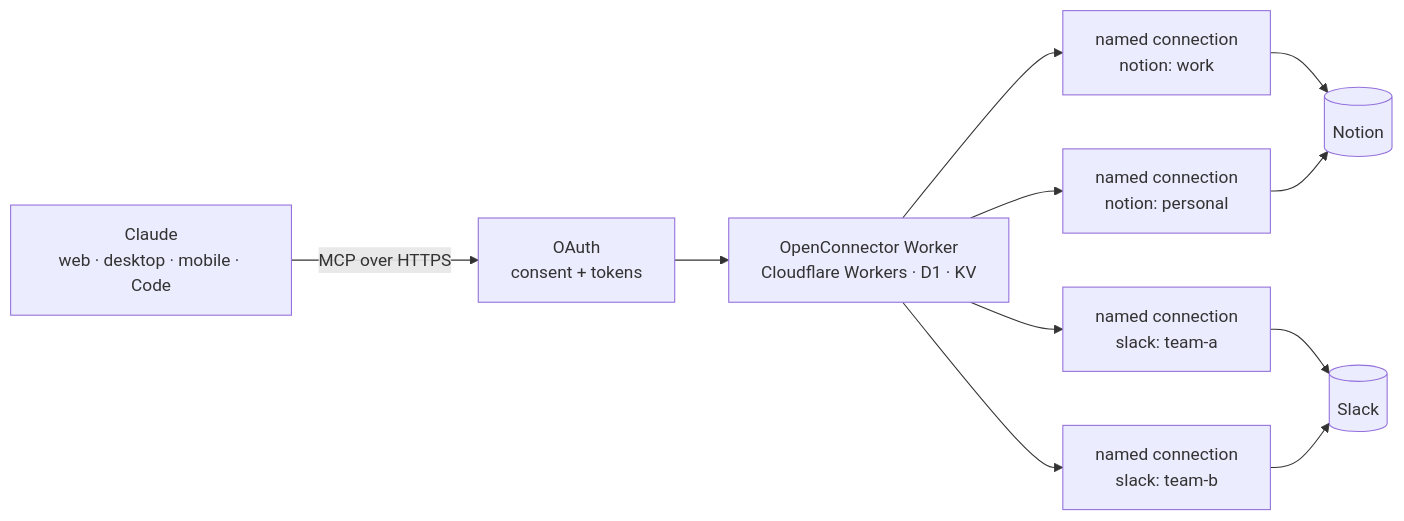
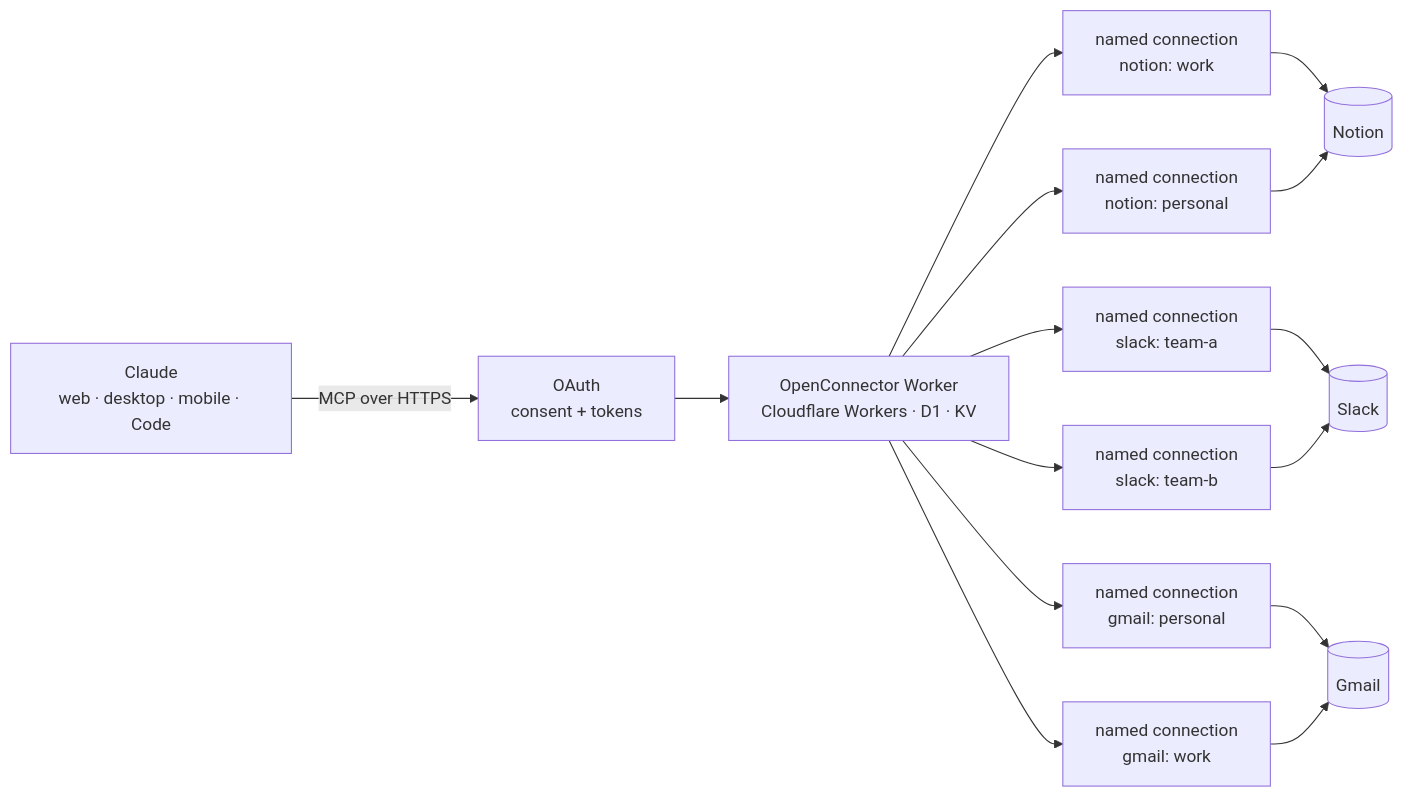
Before and after one commit to samfeder/SplitMind: the diagram in README.md, drawn with Mermaid. The commit also changed other lines of this file and 10 other files, not shown here.

````diff
--- a/README.md
+++ b/README.md
@@ -26,13 +26,17 @@
 ```mermaid
 flowchart LR
     C[Claude<br/>web · desktop · mobile · Code] -->|MCP over HTTPS| O[OAuth<br/>consent + tokens]
     O --> W[OpenConnector Worker<br/>Cloudflare Workers · D1 · KV]
     W --> N1[named connection<br/>notion: work]
     W --> N2[named connection<br/>notion: personal]
     W --> S1[named connection<br/>slack: team-a]
     W --> S2[named connection<br/>slack: team-b]
+    W --> G1[named connection<br/>gmail: personal]
+    W --> G2[named connection<br/>gmail: work]
     N1 --> NA[(Notion)]
     N2 --> NA
     S1 --> SA[(Slack)]
     S2 --> SA
+    G1 --> GA[(Gmail)]
+    G2 --> GA
 ```
````
